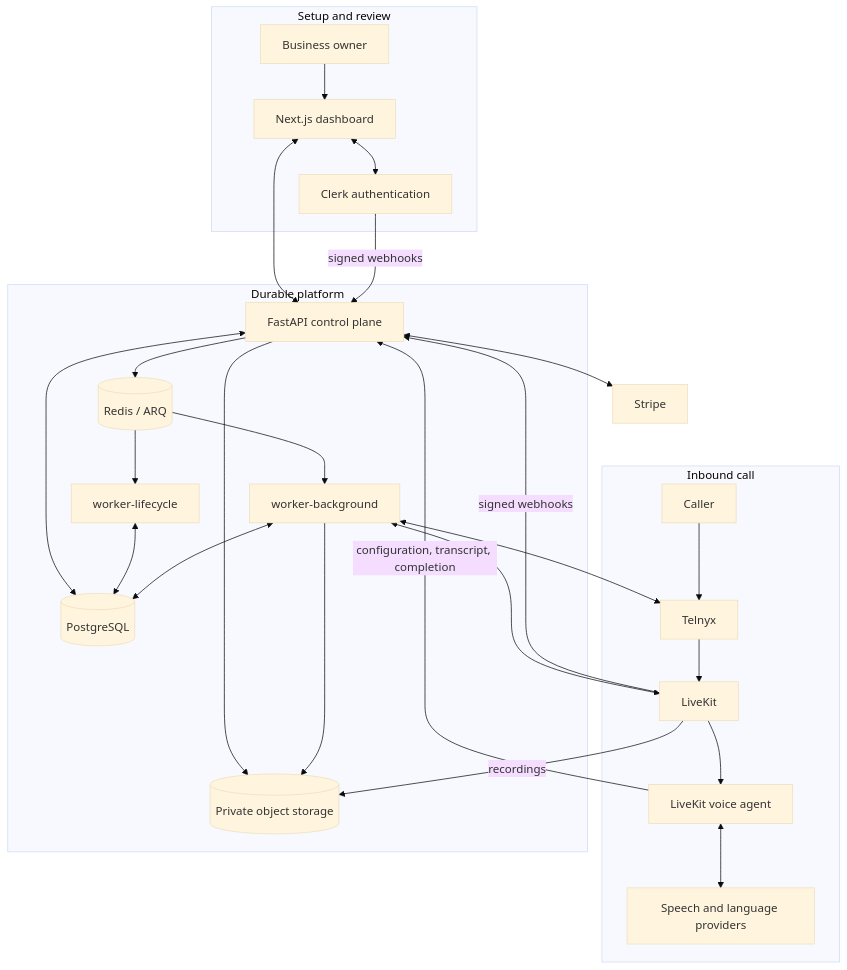
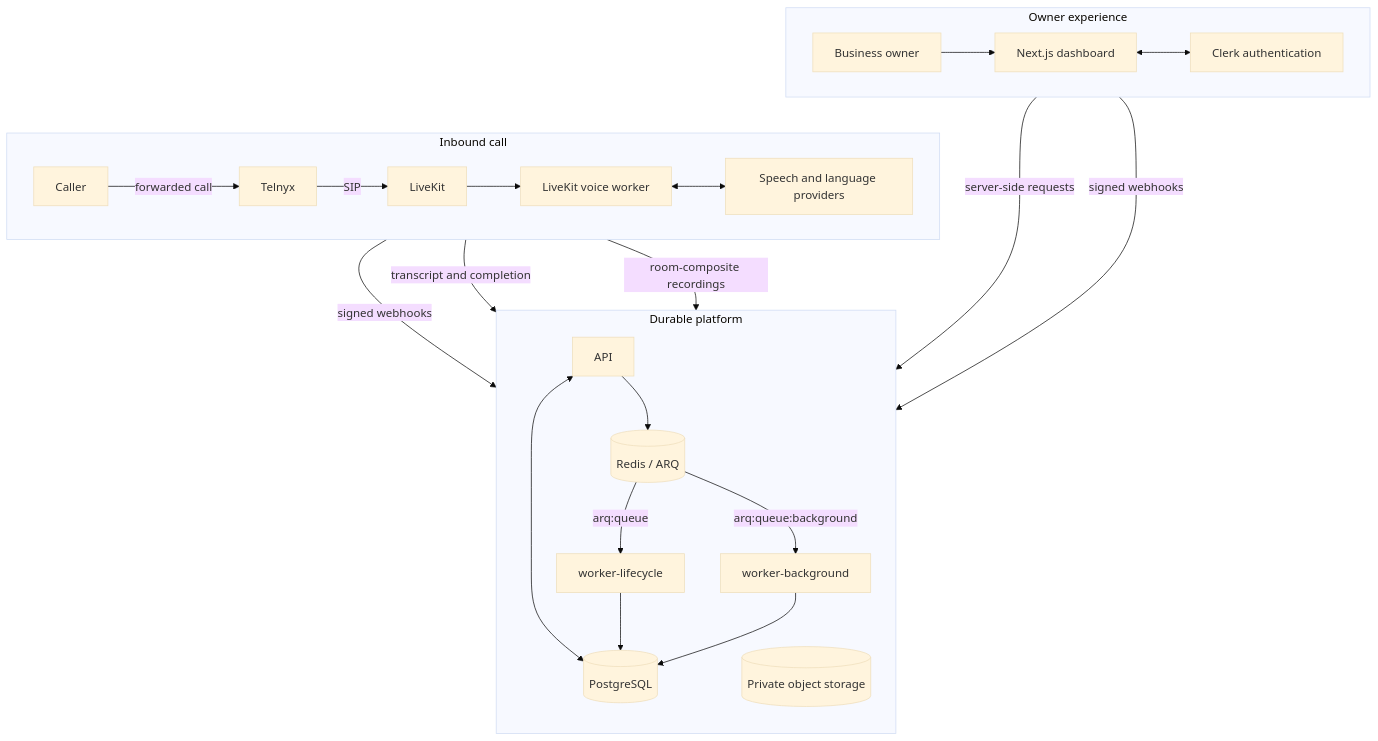
The diagram in README.md (m4bulmagd/opevo), drawn with Mermaid (base theme) before and after one commit. The commit also changed other lines of this file, not shown here.

Commit message:
docs: simplify architecture diagram

````diff
--- a/README.md
+++ b/README.md
@@ -48,33 +59,36 @@
 ```mermaid
 flowchart TB
-    subgraph Setup["Setup and review"]
+    subgraph Experience["Owner experience"]
+        direction LR
         Owner[Business owner] --> Web[Next.js dashboard]
         Web <--> Clerk[Clerk authentication]
     end
 
-    subgraph Calls["Inbound call"]
-        Caller --> Telnyx --> LiveKit --> Agent[LiveKit voice agent]
+    subgraph Call["Inbound call"]
+        direction LR
+        Caller -->|forwarded call| Telnyx
+        Telnyx -->|SIP| LiveKit
+        LiveKit --> Agent[LiveKit voice worker]
         Agent <--> AI[Speech and language providers]
     end
 
-    Web <--> API[FastAPI control plane]
-    Clerk -->|signed webhooks| API
-    Agent -->|configuration, transcript, completion| API
-    LiveKit -->|signed webhooks| API
-
     subgraph Platform["Durable platform"]
+        direction TB
         API <--> DB[(PostgreSQL)]
         API --> Redis[(Redis / ARQ)]
-        Redis --> Lifecycle[worker-lifecycle]
-        Redis --> Background[worker-background]
-        Lifecycle <--> DB
-        Background <--> DB
-        API --> Storage[(Private object storage)]
-        Background --> Storage
+        Redis -->|arq:queue| Lifecycle[worker-lifecycle]
+        Redis -->|arq:queue:background| Background[worker-background]
+        Lifecycle --> DB
+        Background --> DB
+        Storage[(Private object storage)]
     end
 
-    API <--> Stripe[Stripe]
-    Background <--> Telnyx
-    Background <--> LiveKit
-    LiveKit -->|recordings| Storage
+    Experience ~~~ Call
+    Call ~~~ Platform
+
+    Web -->|server-side requests| API
+    Clerk -->|signed webhooks| API
+    LiveKit -->|signed webhooks| API
+    Agent -->|transcript and completion| API
+    LiveKit -->|room-composite recordings| Storage
 ```
````
